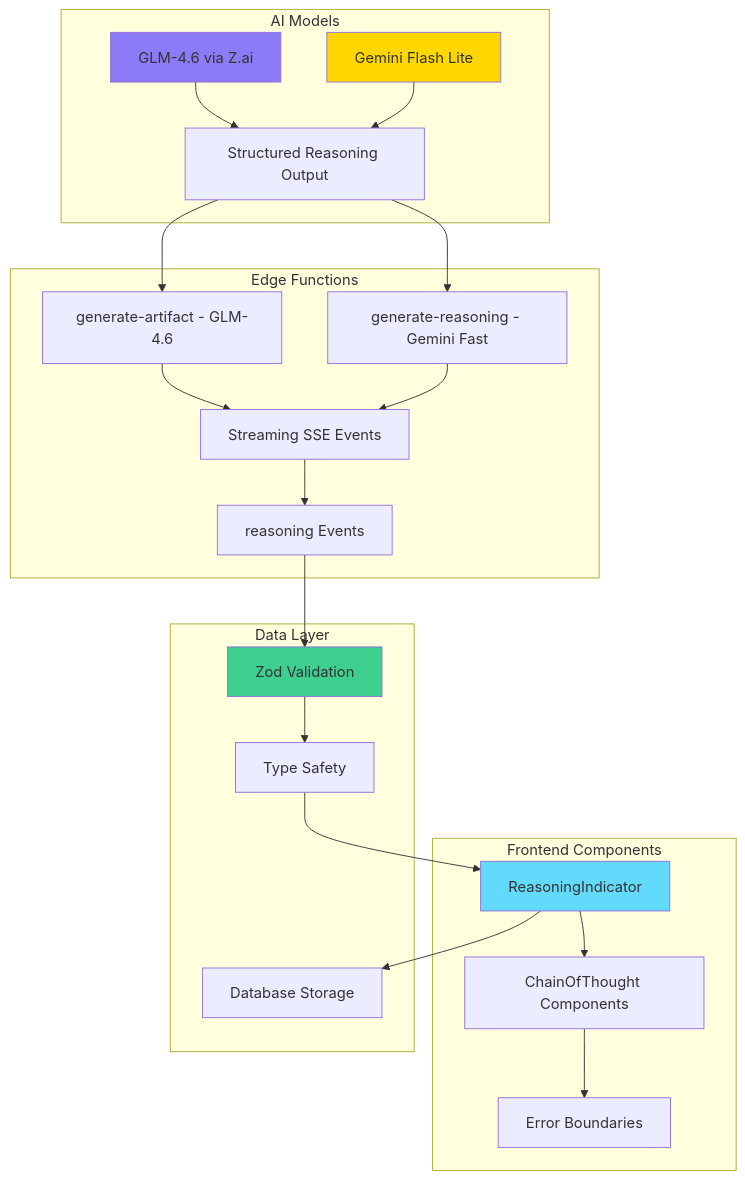
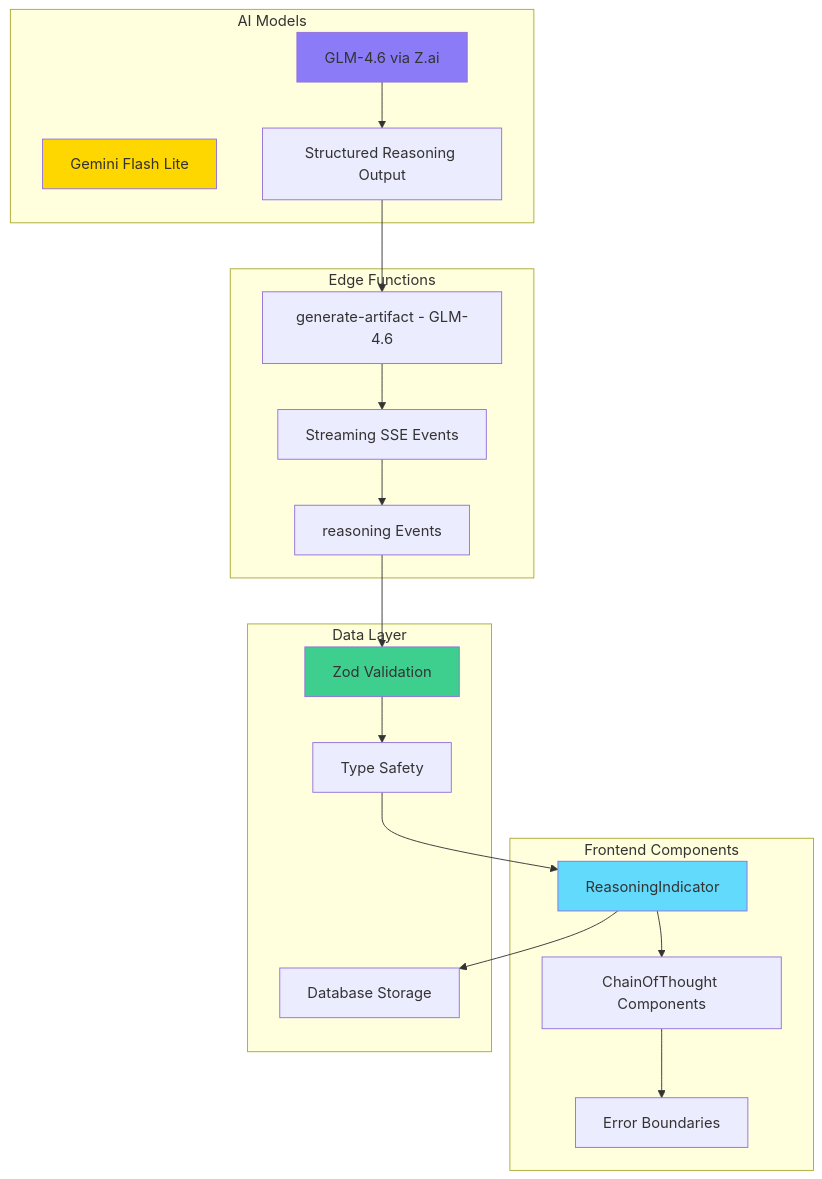
The first of 3 diagrams in docs/CHAIN_OF_THOUGHT.md (NickB03/vana), drawn with Mermaid before and after one commit. The commit also changed other lines of this file and 19 other files, not shown here.

````diff
--- a/docs/CHAIN_OF_THOUGHT.md
+++ b/docs/CHAIN_OF_THOUGHT.md
@@ -56,46 +55,42 @@
 ```mermaid
 graph TB
     subgraph "AI Models"
         A1[GLM-4.6 via Z.ai]
         A2[Gemini Flash Lite]
         B[Structured Reasoning Output]
     end
 
     subgraph "Edge Functions"
         C1[generate-artifact - GLM-4.6]
-        C2[generate-reasoning - Gemini Fast]
         D[Streaming SSE Events]
         E[reasoning Events]
     end
 
     subgraph "Frontend Components"
         F[ReasoningIndicator]
         G[ChainOfThought Components]
         H[Error Boundaries]
     end
 
     subgraph "Data Layer"
         I[Zod Validation]
         J[Type Safety]
         K[Database Storage]
     end
 
     A1 --> B
-    A2 --> B
     B --> C1
-    B --> C2
     C1 --> D
-    C2 --> D
     D --> E
     E --> I
     I --> J
     J --> F
     F --> G
     G --> H
     F --> K
 
     style A1 fill:#8B7BF7
     style A2 fill:#FFD700
     style F fill:#61dafb
     style I fill:#3ecf8e
 ```
````
